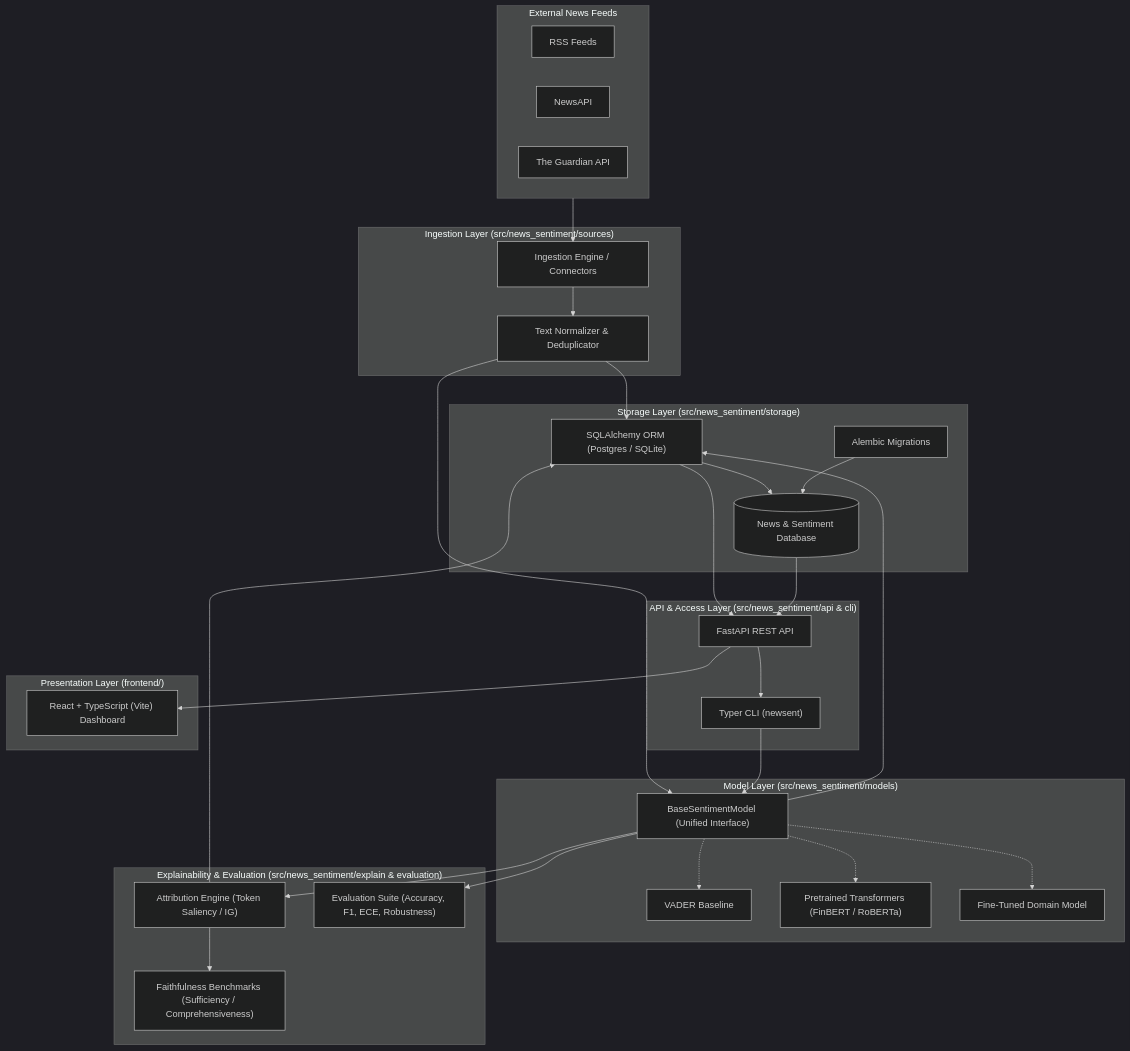
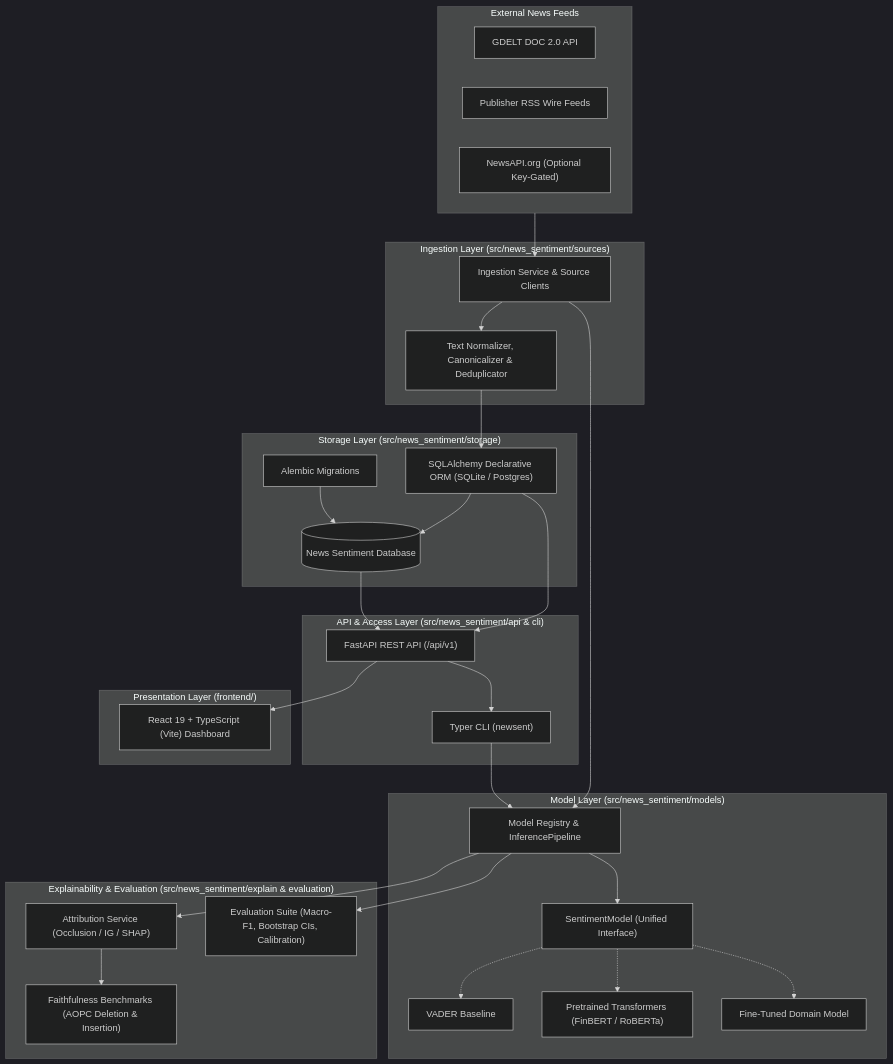
Before and after one commit to Dhrupal-01/Sentiment-Analyzer: the first of 2 diagrams in docs/ARCHITECTURE.md, drawn with Mermaid (dark theme). The commit also changed other lines of this file, not shown here.

Commit message:
docs: reconcile architecture specification with current codebase

````diff
--- a/docs/ARCHITECTURE.md
+++ b/docs/ARCHITECTURE.md
@@ -20,65 +20,64 @@
 ```mermaid
 graph TD
     subgraph External["External News Feeds"]
-        RSS["RSS Feeds"]
-        NewsAPI["NewsAPI"]
-        Guardian["The Guardian API"]
+        GDELT["GDELT DOC 2.0 API"]
+        RSS["Publisher RSS Wire Feeds"]
+        NewsAPI["NewsAPI.org (Optional Key-Gated)"]
     end
 
     subgraph IngestionLayer["Ingestion Layer (src/news_sentiment/sources)"]
-        Collector["Ingestion Engine / Connectors"]
-        Normalizer["Text Normalizer & Deduplicator"]
+        Collector["Ingestion Service & Source Clients"]
+        Normalizer["Text Normalizer, Canonicalizer & Deduplicator"]
     end
 
     subgraph StorageLayer["Storage Layer (src/news_sentiment/storage)"]
-        SQLAlchemy["SQLAlchemy ORM (Postgres / SQLite)"]
+        SQLAlchemy["SQLAlchemy Declarative ORM (SQLite / Postgres)"]
         Alembic["Alembic Migrations"]
-        DB[(News & Sentiment Database)]
+        DB[(News Sentiment Database)]
     end
 
     subgraph ModelLayer["Model Layer (src/news_sentiment/models)"]
-        ModelInterface["BaseSentimentModel (Unified Interface)"]
+        ModelInterface["SentimentModel (Unified Interface)"]
         VADER["VADER Baseline"]
         Pretrained["Pretrained Transformers (FinBERT / RoBERTa)"]
         FineTuned["Fine-Tuned Domain Model"]
+        Registry["Model Registry & InferencePipeline"]
     end
 
     subgraph ExplainEvalLayer["Explainability & Evaluation (src/news_sentiment/explain & evaluation)"]
-        Explainer["Attribution Engine (Token Saliency / IG)"]
-        Faithfulness["Faithfulness Benchmarks (Sufficiency / Comprehensiveness)"]
-        Metrics["Evaluation Suite (Accuracy, F1, ECE, Robustness)"]
+        Explainer["Attribution Service (Occlusion / IG / SHAP)"]
+        Faithfulness["Faithfulness Benchmarks (AOPC Deletion & Insertion)"]
+        Metrics["Evaluation Suite (Macro-F1, Bootstrap CIs, Calibration)"]
     end
 
     subgraph ServingLayer["API & Access Layer (src/news_sentiment/api & cli)"]
-        FastAPI["FastAPI REST API"]
+        FastAPI["FastAPI REST API (/api/v1)"]
         CLI["Typer CLI (newsent)"]
     end
 
     subgraph PresentationLayer["Presentation Layer (frontend/)"]
-        WebUI["React + TypeScript (Vite) Dashboard"]
+        WebUI["React 19 + TypeScript (Vite) Dashboard"]
     end
 
     External --> Collector
     Collector --> Normalizer
     Normalizer --> SQLAlchemy
     SQLAlchemy --> DB
     Alembic --> DB
 
     ModelInterface -.-> VADER
     ModelInterface -.-> Pretrained
     ModelInterface -.-> FineTuned
+    Registry --> ModelInterface
 
-    Normalizer --> ModelInterface
-    ModelInterface --> Explainer
+    Collector --> Registry
+    Registry --> Explainer
     Explainer --> Faithfulness
-    ModelInterface --> Metrics
-
-    ModelInterface --> SQLAlchemy
-    Explainer --> SQLAlchemy
+    Registry --> Metrics
 
     SQLAlchemy --> FastAPI
     DB --> FastAPI
     FastAPI --> WebUI
     FastAPI --> CLI
-    CLI --> ModelInterface
+    CLI --> Registry
 ```
````
